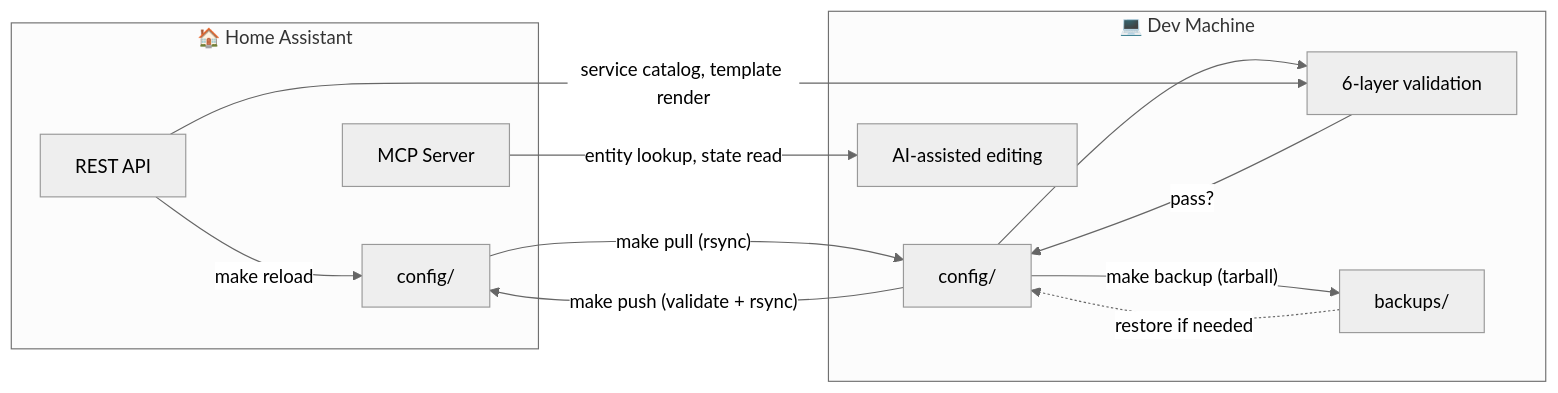
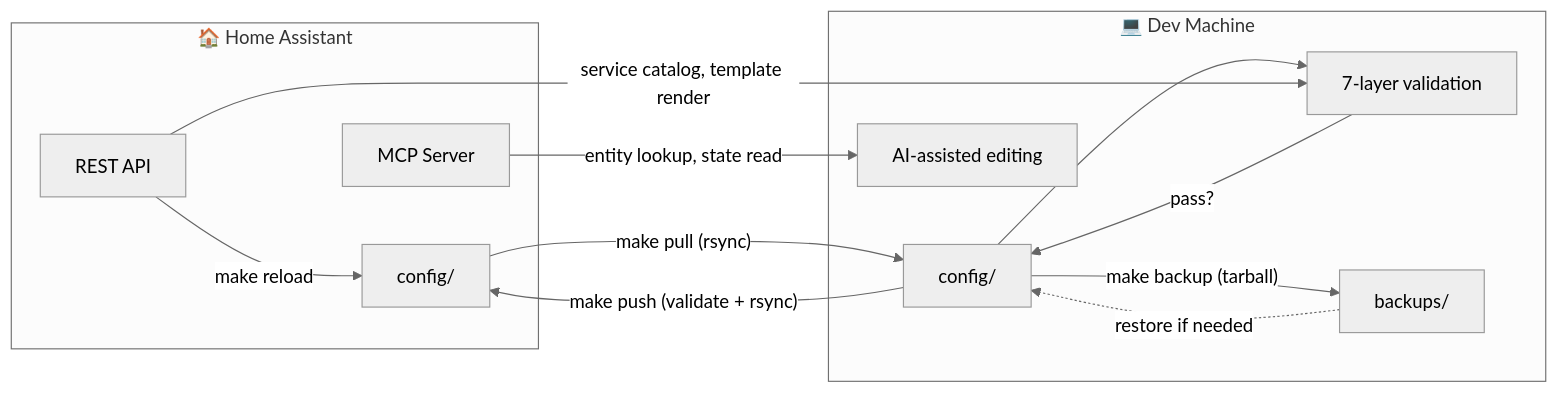
Before and after one commit to stephenwong/ai-homeassistant: the first of 2 diagrams in README.md, drawn with Mermaid (neutral theme). The commit also changed other lines of this file and 21 other files, not shown here.

````diff
--- a/README.md
+++ b/README.md
@@ -21,30 +20,30 @@
 ```mermaid
 flowchart LR
     subgraph HA["🏠 Home Assistant"]
         ha_config["config/"]
         ha_api["REST API"]
         mcp["MCP Server"]
     end
 
     subgraph Dev["💻 Dev Machine"]
         local_config["config/"]
-        validators["6-layer validation"]
+        validators["7-layer validation"]
         backups["backups/"]
         editor["AI-assisted editing"]
     end
 
     %% Pull flow
     ha_config -->|"make pull (rsync)"| local_config
     local_config -->|"make backup (tarball)"| backups
 
     %% Edit & Validate
     backups -.->|"restore if needed"| local_config
     local_config --> validators
     mcp -->|"entity lookup, state read"| editor
     ha_api -->|"service catalog, template render"| validators
     validators -->|"pass?"| local_config
 
     %% Push flow
     local_config -->|"make push (validate + rsync)"| ha_config
     ha_api -->|"make reload"| ha_config
 ```
````
